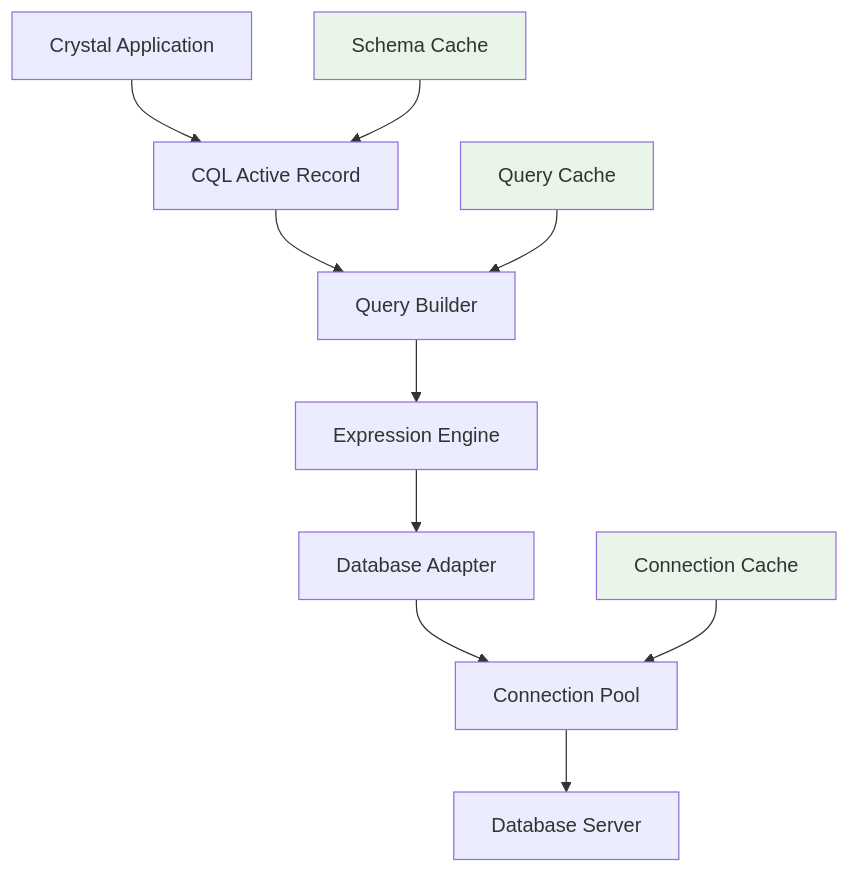
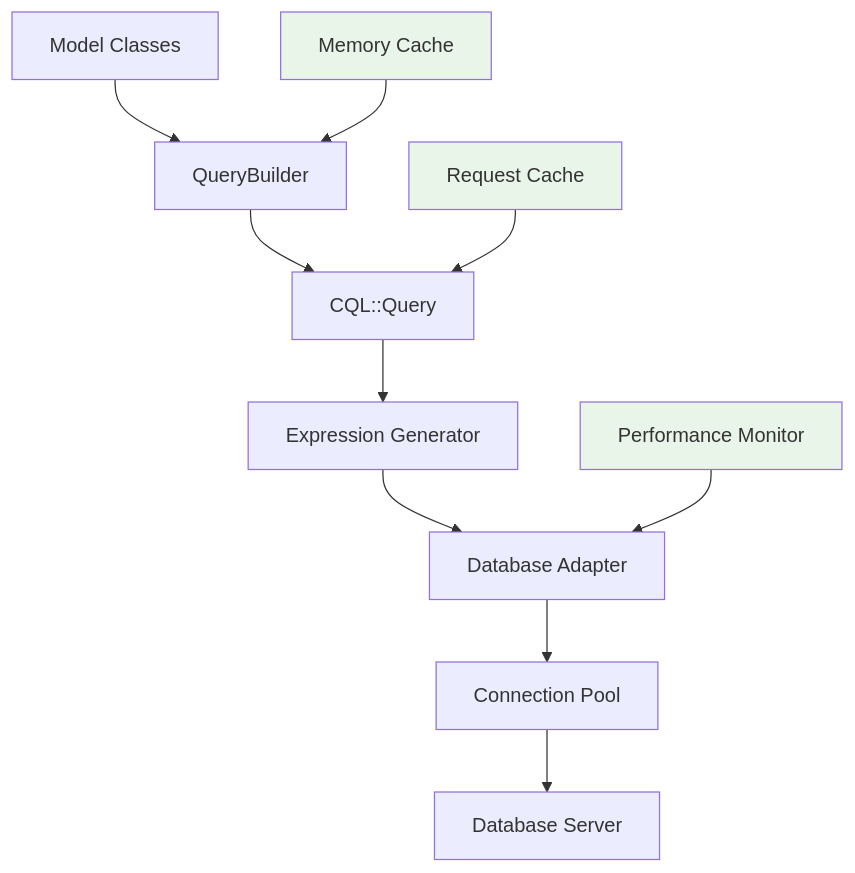
The diagram in docs/advanced-topics/performance-optimization.md (azutoolkit/cql), drawn with Mermaid before and after one commit. The commit also changed other lines of this file and 12 other files, not shown here.

````diff
--- a/docs/advanced-topics/performance-optimization.md
+++ b/docs/advanced-topics/performance-optimization.md
@@ -27,17 +27,17 @@
 ```mermaid fullWidth="true"
 graph TD
-    A[Crystal Application] --> B[CQL Active Record]
-    B --> C[Query Builder]
-    C --> D[Expression Engine]
+    A[Model Classes] --> B[QueryBuilder]
+    B --> C[CQL::Query]
+    C --> D[Expression Generator]
     D --> E[Database Adapter]
     E --> F[Connection Pool]
     F --> G[Database Server]
 
-    H[Schema Cache] --> B
-    I[Query Cache] --> C
-    J[Connection Cache] --> F
+    H[Memory Cache] --> B
+    I[Request Cache] --> C
+    J[Performance Monitor] --> E
 
     style H fill:#e8f5e8
     style I fill:#e8f5e8
     style J fill:#e8f5e8
 ```
````
